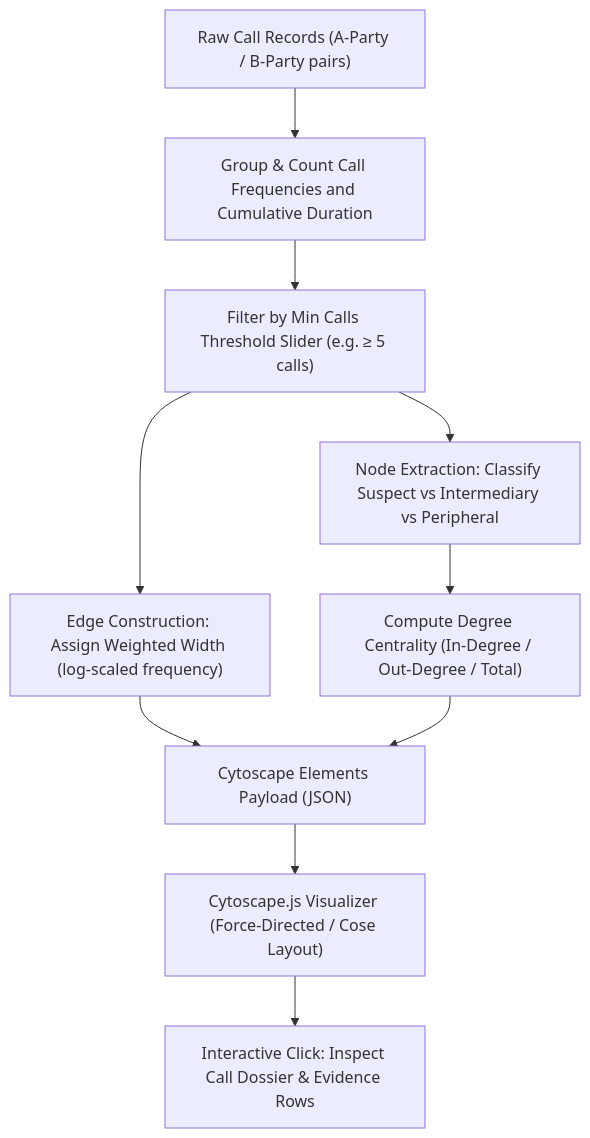
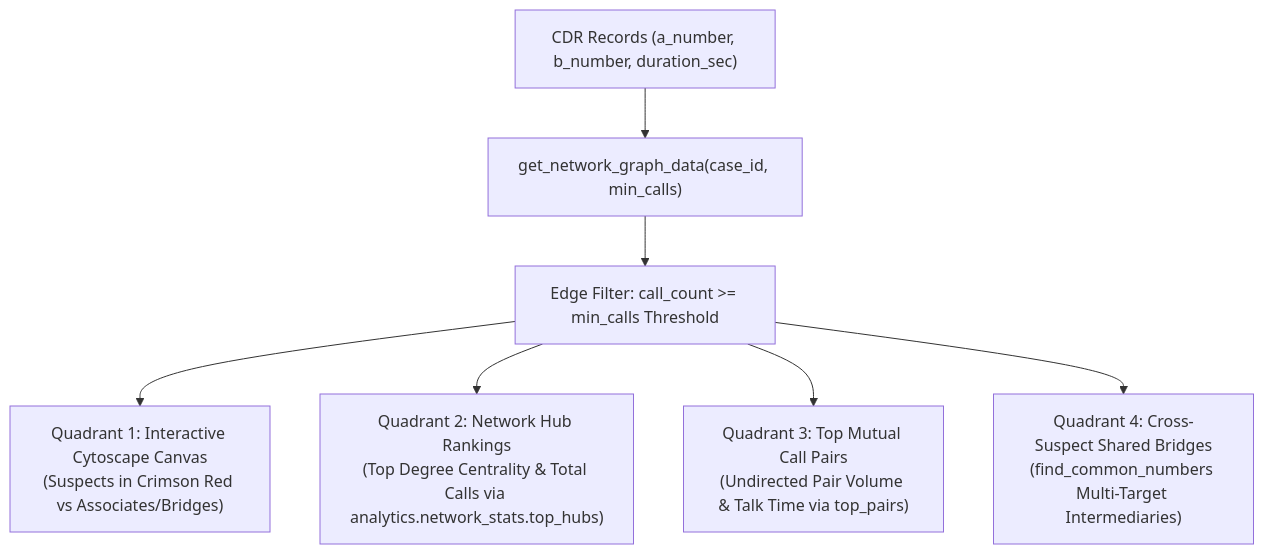
Before and after one commit to JAIDUUU/Anomus-hackthon-rajishtan: the diagram in docs/network_topology.md, drawn with Mermaid. The commit also changed other lines of this file, not shown here.

Commit message:
docs(network): document 4-quadrant graph workspace, Cytoscape payload, and bilateral link analysis

````diff
--- a/docs/network_topology.md
+++ b/docs/network_topology.md
@@ -13,15 +11,10 @@
 ```mermaid
 flowchart TD
-    A["Raw Call Records (A-Party / B-Party pairs)"] --> B["Group & Count Call Frequencies and Cumulative Duration"]
-    B --> C["Filter by Min Calls Threshold Slider (e.g. ≥ 5 calls)"]
+    CDR["CDR Records (a_number, b_number, duration_sec)"] --> Agg["get_network_graph_data(case_id, min_calls)"]
+    Agg --> Filter["Edge Filter: call_count >= min_calls Threshold"]
     
-    C --> D["Node Extraction: Classify Suspect vs Intermediary vs Peripheral"]
-    C --> E["Edge Construction: Assign Weighted Width (log-scaled frequency)"]
-    
-    D --> F["Compute Degree Centrality (In-Degree / Out-Degree / Total)"]
-    E --> G["Cytoscape Elements Payload (JSON)"]
-    F --> G
-    
-    G --> H["Cytoscape.js Visualizer (Force-Directed / Cose Layout)"]
-    H --> I["Interactive Click: Inspect Call Dossier & Evidence Rows"]
+    Filter --> Q1["Quadrant 1: Interactive Cytoscape Canvas<br/>(Suspects in Crimson Red vs Associates/Bridges)"]
+    Filter --> Q2["Quadrant 2: Network Hub Rankings<br/>(Top Degree Centrality & Total Calls via analytics.network_stats.top_hubs)"]
+    Filter --> Q3["Quadrant 3: Top Mutual Call Pairs<br/>(Undirected Pair Volume & Talk Time via top_pairs)"]
+    Filter --> Q4["Quadrant 4: Cross-Suspect Shared Bridges<br/>(find_common_numbers Multi-Target Intermediaries)"]
 ```
````
